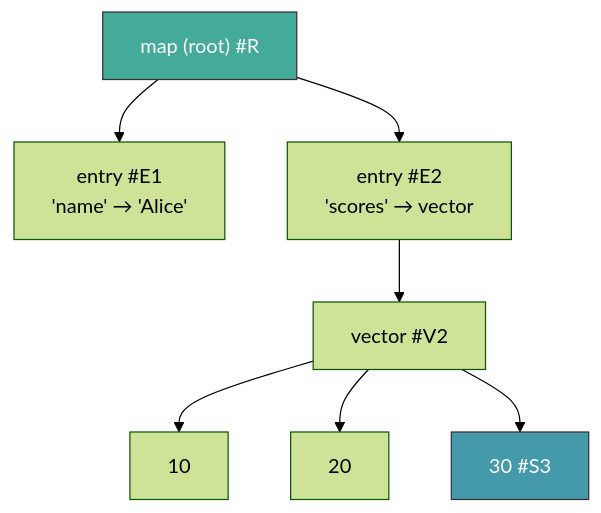
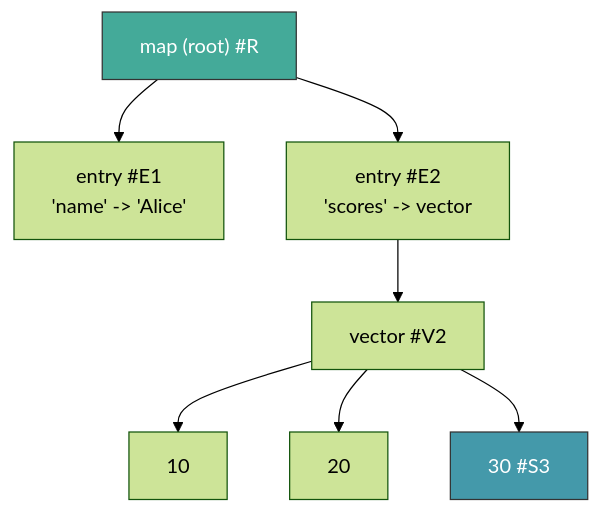
The first of 4 diagrams in docs/book/04-authorization/chapter.md (jclaggett/dacite), drawn with Mermaid (forest theme) before and after one commit. The commit also changed other lines of this file and 1 other file, not shown here.

````diff
--- a/docs/book/04-authorization/chapter.md
+++ b/docs/book/04-authorization/chapter.md
@@ -35,11 +35,11 @@
 ```mermaid
 graph TD
-    R["map (root) #R"] --> E1["entry #E1\n'name' → 'Alice'"]
-    R --> E2["entry #E2\n'scores' → vector"]
+    R["map (root) #R"] --> E1["entry #E1\n'name' -> 'Alice'"]
+    R --> E2["entry #E2\n'scores' -> vector"]
     E2 --> V2["vector #V2"]
     V2 --> S1["10"]
     V2 --> S2["20"]
     V2 --> S3["30 #S3"]
     style R fill:#4a9,stroke:#333,color:#fff
     style S3 fill:#49a,stroke:#333,color:#fff
 ```
````
